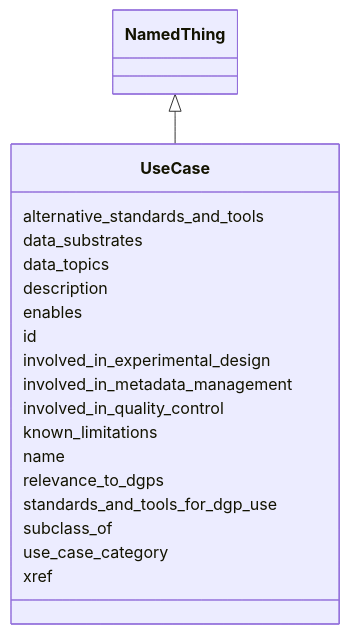
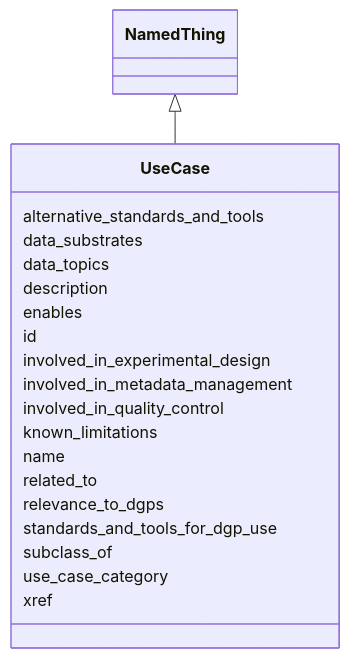
Before and after one commit to bridge2ai/standards-schemas: the diagram in docs/UseCase.md, drawn with Mermaid. The commit also changed other lines of this file and 65 other files, not shown here.

````diff
--- a/docs/UseCase.md
+++ b/docs/UseCase.md
@@ -11,23 +11,24 @@
 ```mermaid
  classDiagram
     class UseCase
       NamedThing <|-- UseCase
       
       UseCase : alternative_standards_and_tools
       UseCase : data_substrates
       UseCase : data_topics
       UseCase : description
       UseCase : enables
       UseCase : id
       UseCase : involved_in_experimental_design
       UseCase : involved_in_metadata_management
       UseCase : involved_in_quality_control
       UseCase : known_limitations
       UseCase : name
+      UseCase : related_to
       UseCase : relevance_to_dgps
       UseCase : standards_and_tools_for_dgp_use
       UseCase : subclass_of
       UseCase : use_case_category
       UseCase : xref
       
 ```
````
